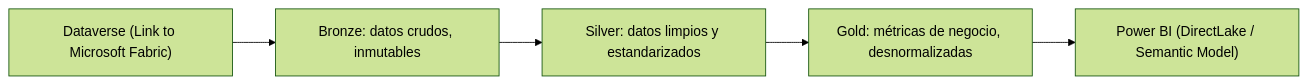
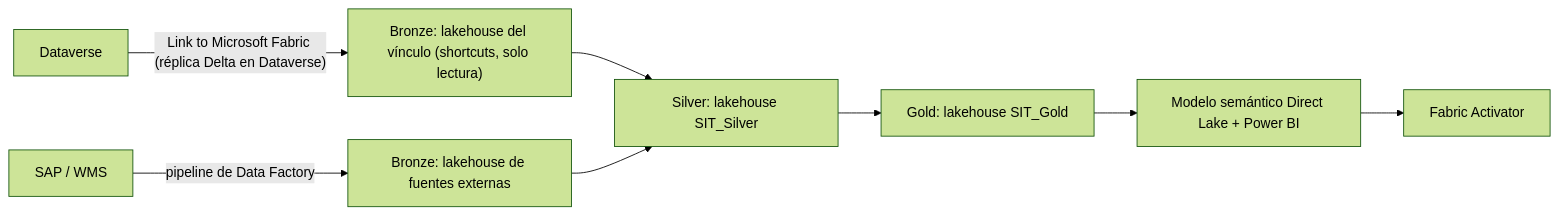
Before and after one commit to EdwingAlarcon/PlanEstudio: the diagram in app-elearning/content/modules/arquitecto/35-arquitectura-de-datos-fabric-synapse-y-medallion.md, drawn with Mermaid (forest theme). The commit also changed other lines of this file and 59 other files, not shown here.

````diff
--- a/app-elearning/content/modules/arquitecto/35-arquitectura-de-datos-fabric-synapse-y-medallion.md
+++ b/app-elearning/content/modules/arquitecto/35-arquitectura-de-datos-fabric-synapse-y-medallion.md
@@ -27,7 +38,10 @@
 ```mermaid
 graph LR
-  D["Dataverse (Link to Microsoft Fabric)"] --> B["Bronze: datos crudos, inmutables"]
-  B --> S["Silver: datos limpios y estandarizados"]
-  S --> G["Gold: métricas de negocio, desnormalizadas"]
-  G --> PBI["Power BI (DirectLake / Semantic Model)"]
+  D["Dataverse"] -->|"Link to Microsoft Fabric (réplica Delta en Dataverse)"| B["Bronze: lakehouse del vínculo (shortcuts, solo lectura)"]
+  E["SAP / WMS"] -->|"pipeline de Data Factory"| B2["Bronze: lakehouse de fuentes externas"]
+  B --> S["Silver: lakehouse SIT_Silver"]
+  B2 --> S
+  S --> G["Gold: lakehouse SIT_Gold"]
+  G --> PBI["Modelo semántico Direct Lake + Power BI"]
+  PBI --> ACT["Fabric Activator"]
 ```
````
